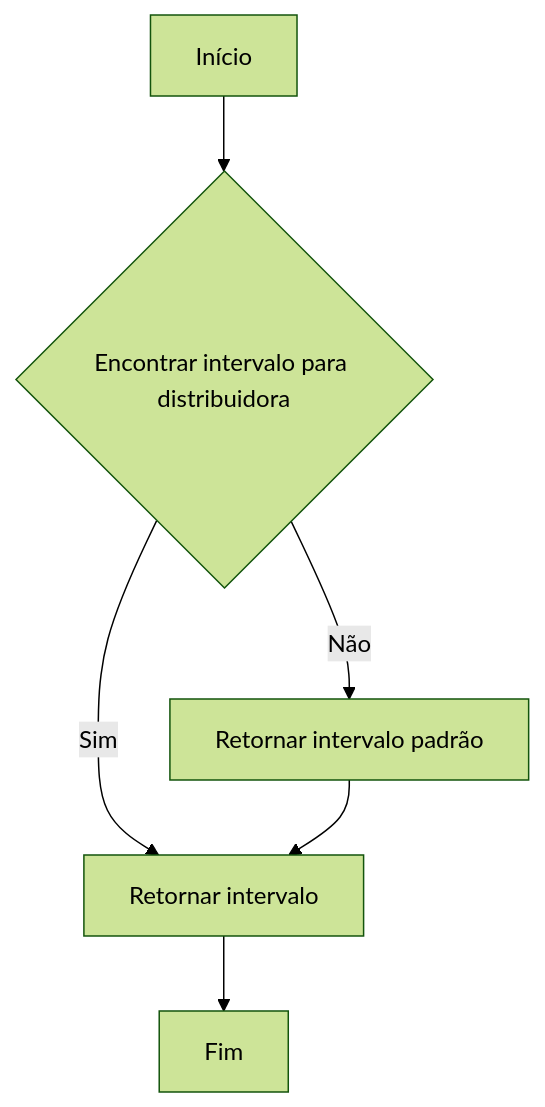
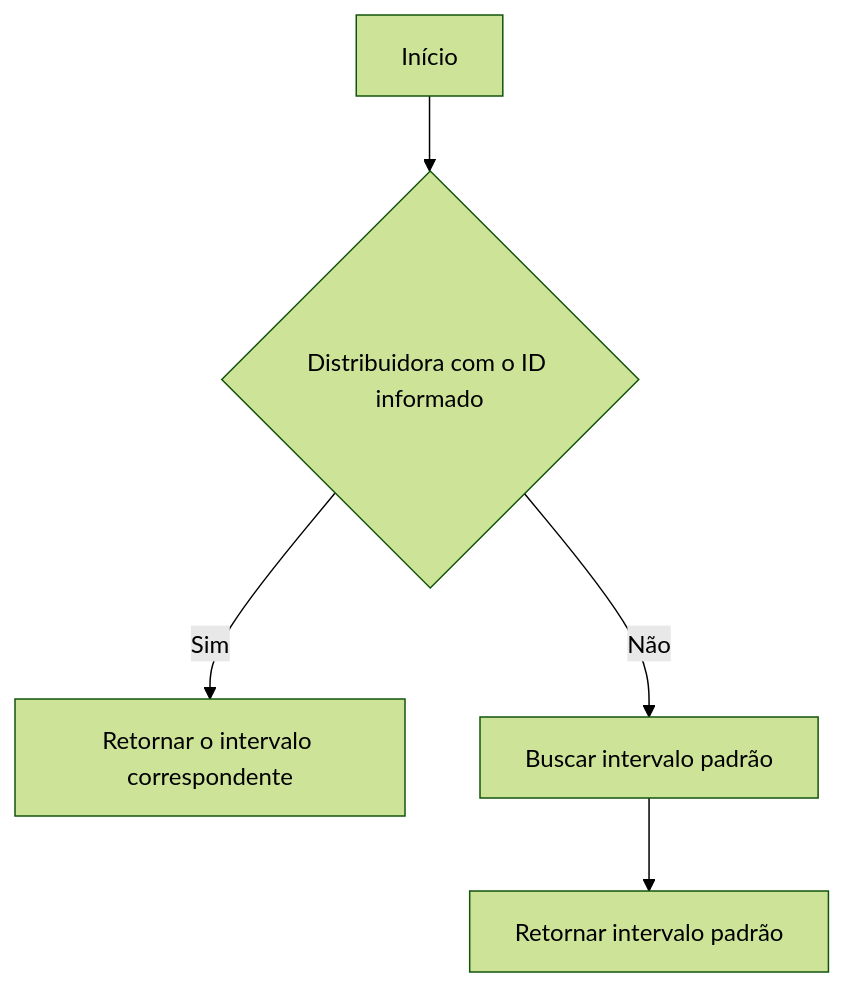
The first of 2 diagrams in docs/b2b-dominio/IsthmusWinthor.Nucleo/IsthmusWinthor.Dominio/Entidades/PipelineSincronizacao.md (IsthmusSistemas/documentacao-tecnica), drawn with Mermaid (forest theme) before and after one commit. The commit also changed other lines of this file and 882 other files, not shown here.

````diff
--- a/docs/b2b-dominio/IsthmusWinthor.Nucleo/IsthmusWinthor.Dominio/Entidades/PipelineSincronizacao.md
+++ b/docs/b2b-dominio/IsthmusWinthor.Nucleo/IsthmusWinthor.Dominio/Entidades/PipelineSincronizacao.md
@@ -17,8 +18,7 @@
 ```mermaid
 flowchart TD
-    A[Início] --> B{Encontrar intervalo para distribuidora}
-    B -- Sim --> C[Retornar intervalo]
-    B -- Não --> D[Retornar intervalo padrão]
-    D --> C
-    C --> E[Fim]
+    A[Início] --> B{Distribuidora com o ID informado}
+    B -->|Sim| C[Retornar o intervalo correspondente]
+    B -->|Não| D[Buscar intervalo padrão]
+    D --> E[Retornar intervalo padrão]
 ```
````
